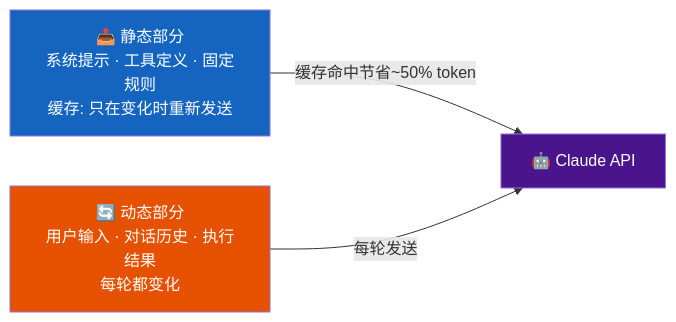
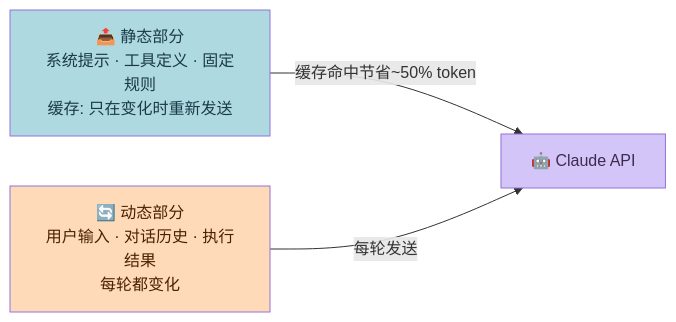
One commit to xuqi2024/xuqi2024.github.io changed the third of 3 diagrams in source/_posts/2026-04-15-claude-code-source-analysis.md. Above: the diagram before and after it, drawn with Mermaid. The commit also changed other lines of this file and 3 other files, not shown here.

First line of the commit message:
style: 将所有 Mermaid 图表配色改为马卡龙色系，修复节点换行显示

````diff
--- a/source/_posts/2026-04-15-claude-code-source-analysis.md
+++ b/source/_posts/2026-04-15-claude-code-source-analysis.md
@@ -281,13 +281,13 @@
 ```mermaid
 graph LR
     PS["📤 静态部分<br/>系统提示 · 工具定义 · 固定规则<br/>缓存: 只在变化时重新发送"]
     PD["🔄 动态部分<br/>用户输入 · 对话历史 · 执行结果<br/>每轮都变化"]
     API["🤖 Claude API"]
 
     PS -->|"缓存命中节省~50% token"| API
     PD -->|"每轮发送"| API
 
-    style PS fill:#1565C0,color:#fff
-    style PD fill:#E65100,color:#fff
-    style API fill:#4A148C,color:#fff
+    style PS fill:#AED9E0,color:#1A3A4A
+    style PD fill:#FFDAB9,color:#4A2200
+    style API fill:#D4C5F9,color:#3D2B4F
 ```
````
